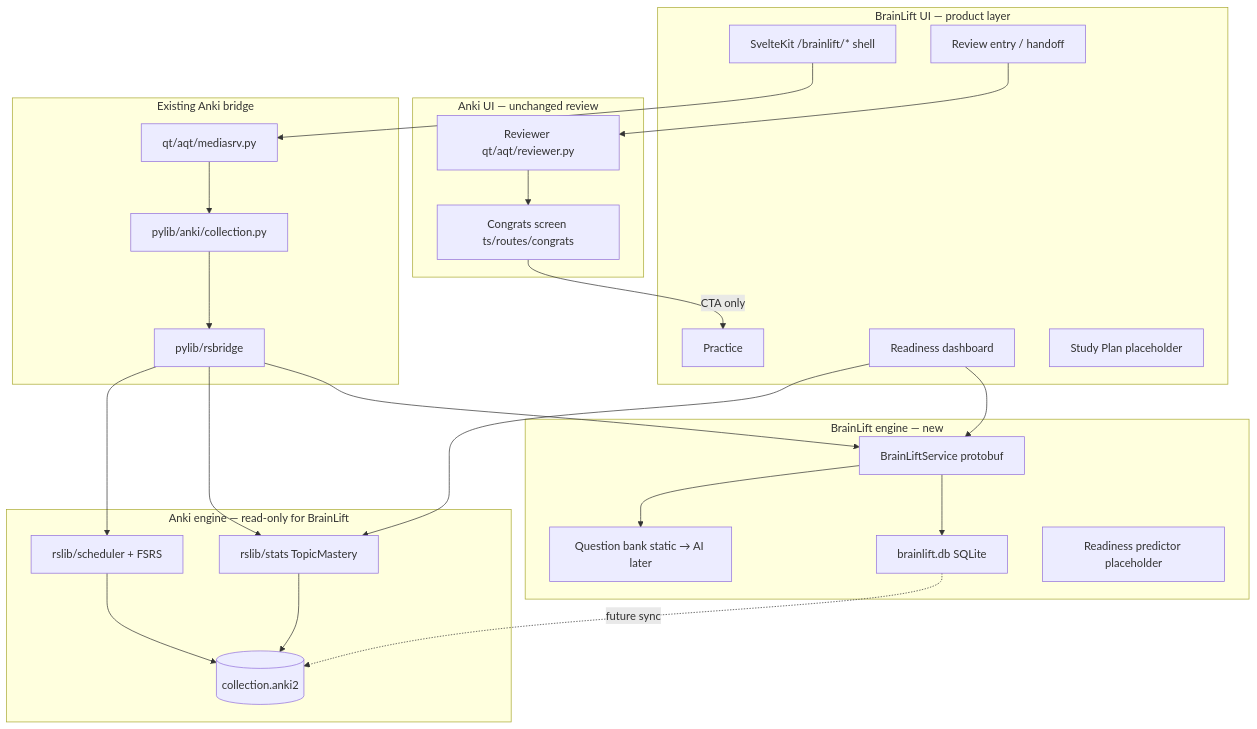
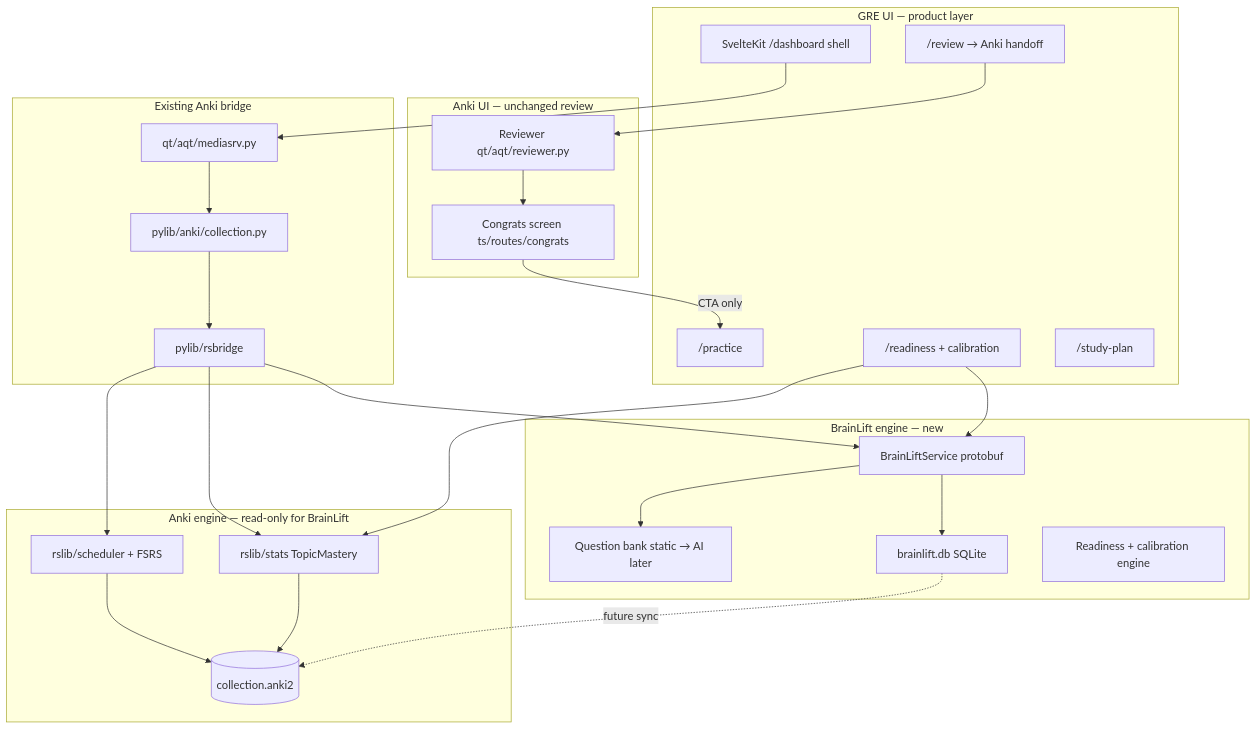
One commit to claire-mao/anki changed the first of 3 diagrams in docs/brainlift-product-architecture.md. Above: the diagram before and after it, drawn with Mermaid. The commit also changed other lines of this file and 69 other files, not shown here.

````diff
--- a/docs/brainlift-product-architecture.md
+++ b/docs/brainlift-product-architecture.md
@@ -24,50 +42,50 @@
 ```mermaid
 flowchart TB
-    subgraph brainlift_ui [BrainLift UI — product layer]
-        BLNav["SvelteKit /brainlift/* shell"]
-        Practice["Practice"]
-        Readiness["Readiness dashboard"]
-        StudyPlan["Study Plan placeholder"]
-        ReviewEntry["Review entry / handoff"]
+    subgraph brainlift_ui [GRE UI — product layer]
+        BLNav["SvelteKit /dashboard shell"]
+        Practice["/practice"]
+        Readiness["/readiness + calibration"]
+        StudyPlan["/study-plan"]
+        ReviewEntry["/review → Anki handoff"]
     end
 
     subgraph anki_ui [Anki UI — unchanged review]
         Reviewer["Reviewer qt/aqt/reviewer.py"]
         Congrats["Congrats screen ts/routes/congrats"]
     end
 
     subgraph bridge [Existing Anki bridge]
         MediaSrv["qt/aqt/mediasrv.py"]
         PyCol["pylib/anki/collection.py"]
         RSBridge["pylib/rsbridge"]
     end
 
     subgraph brainlift_engine [BrainLift engine — new]
         BLService["BrainLiftService protobuf"]
         BLStorage["brainlift.db SQLite"]
         BLQuestions["Question bank static → AI later"]
-        ReadinessModel["Readiness predictor placeholder"]
+        ReadinessModel["Readiness + calibration engine"]
     end
 
     subgraph anki_engine [Anki engine — read-only for BrainLift]
         Scheduler["rslib/scheduler + FSRS"]
         Stats["rslib/stats TopicMastery"]
         ColDB[("collection.anki2")]
     end
 
     BLNav --> MediaSrv
     ReviewEntry --> Reviewer
     Reviewer --> Congrats
     Congrats -->|"CTA only"| Practice
     MediaSrv --> PyCol --> RSBridge
     RSBridge --> BLService
     RSBridge --> Stats
     RSBridge --> Scheduler
     BLService --> BLStorage
     BLService --> BLQuestions
     Readiness --> BLService
     Readiness --> Stats
     Stats --> ColDB
     Scheduler --> ColDB
     BLStorage -.->|"future sync"| ColDB
 ```
````
